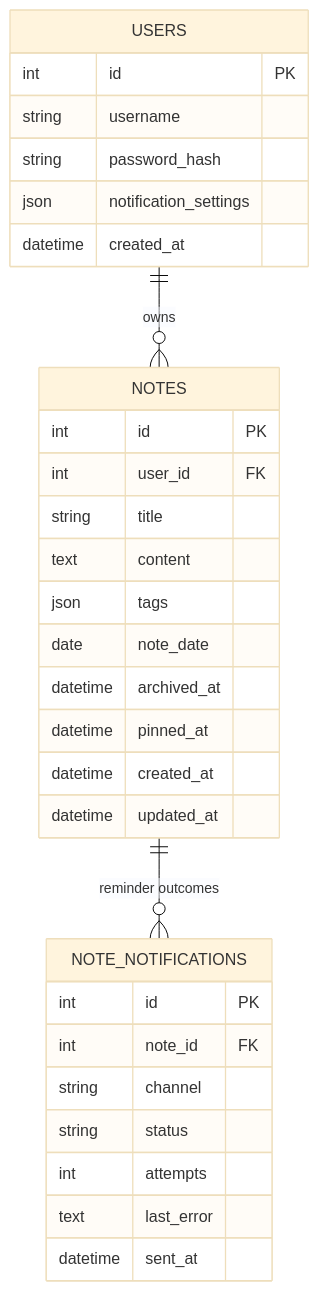
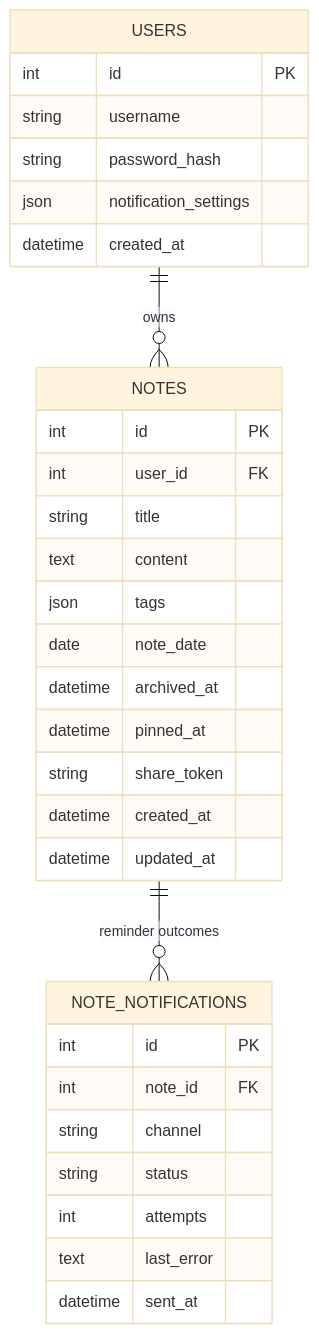
Before and after one commit to aldebogdanov/notes-app: the fourth of 4 diagrams in docs/architecture.md, drawn with Mermaid (base theme). The commit also changed other lines of this file and 21 other files, not shown here.

````diff
--- a/docs/architecture.md
+++ b/docs/architecture.md
@@ -103,33 +103,34 @@
 ```mermaid
 erDiagram
     USERS ||--o{ NOTES : owns
     USERS {
         int id PK
         string username
         string password_hash
         json notification_settings
         datetime created_at
     }
     NOTES ||--o{ NOTE_NOTIFICATIONS : "reminder outcomes"
     NOTES {
         int id PK
         int user_id FK
         string title
         text content
         json tags
         date note_date
         datetime archived_at
         datetime pinned_at
+        string share_token
         datetime created_at
         datetime updated_at
     }
     NOTE_NOTIFICATIONS {
         int id PK
         int note_id FK
         string channel
         string status
         int attempts
         text last_error
         datetime sent_at
     }
 ```
````
